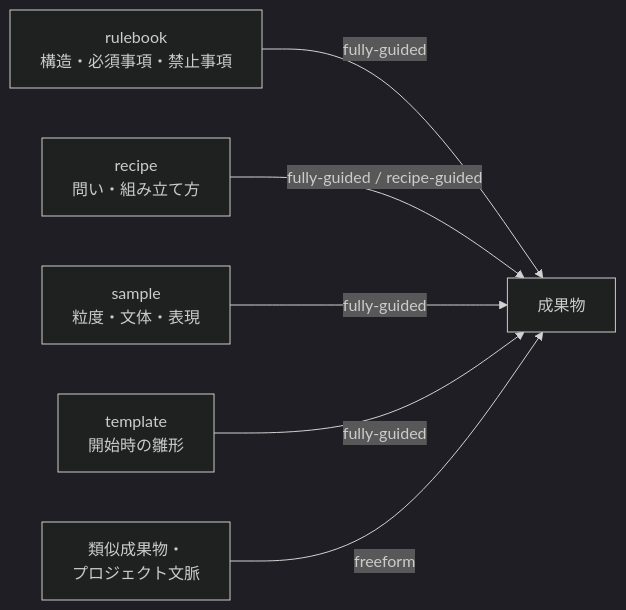
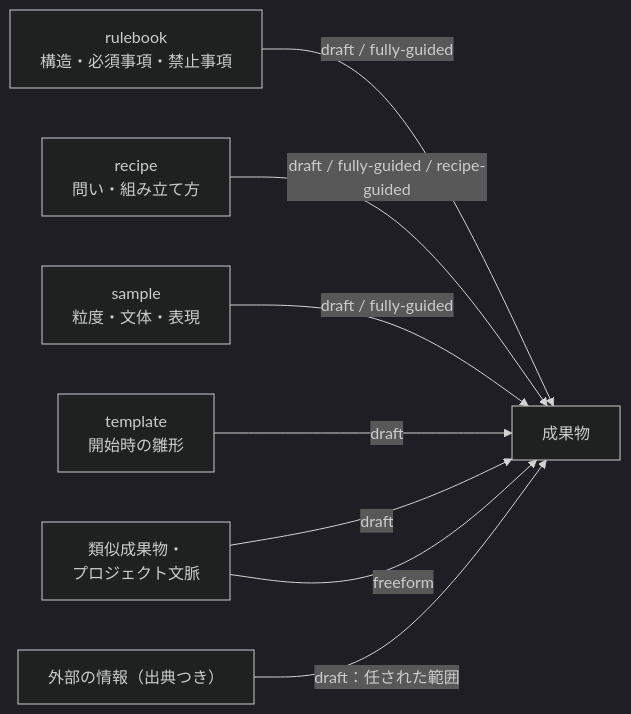
The second of 5 diagrams in docs/ja/specdojo/guides/ryu-guide.md (specdojo/specdojo), drawn with Mermaid (dark theme) before and after one commit. The commit also changed other lines of this file and 26 other files, not shown here.

Commit message:
exec(register PJR-3MY5): draft approach を設け、fully-guided を磨き込み専用・宣言された参照に改める

````diff
--- a/docs/ja/specdojo/guides/ryu-guide.md
+++ b/docs/ja/specdojo/guides/ryu-guide.md
@@ -77,15 +81,17 @@
 ```mermaid
 flowchart LR
   RB["rulebook<br/>構造・必須事項・禁止事項"]
   RC["recipe<br/>問い・組み立て方"]
   SP["sample<br/>粒度・文体・表現"]
   TP["template<br/>開始時の雛形"]
   CTX["類似成果物・<br/>プロジェクト文脈"]
   D["成果物"]
 
-  RB -->|fully-guided| D
-  RC -->|fully-guided / recipe-guided| D
-  SP -->|fully-guided| D
-  TP -->|fully-guided| D
+  RB -->|draft / fully-guided| D
+  RC -->|draft / fully-guided / recipe-guided| D
+  SP -->|draft / fully-guided| D
+  TP -->|draft| D
+  CTX -->|draft| D
+  EXT["外部の情報（出典つき）"] -->|draft：任された範囲| D
   CTX -->|freeform| D
 ```
````
